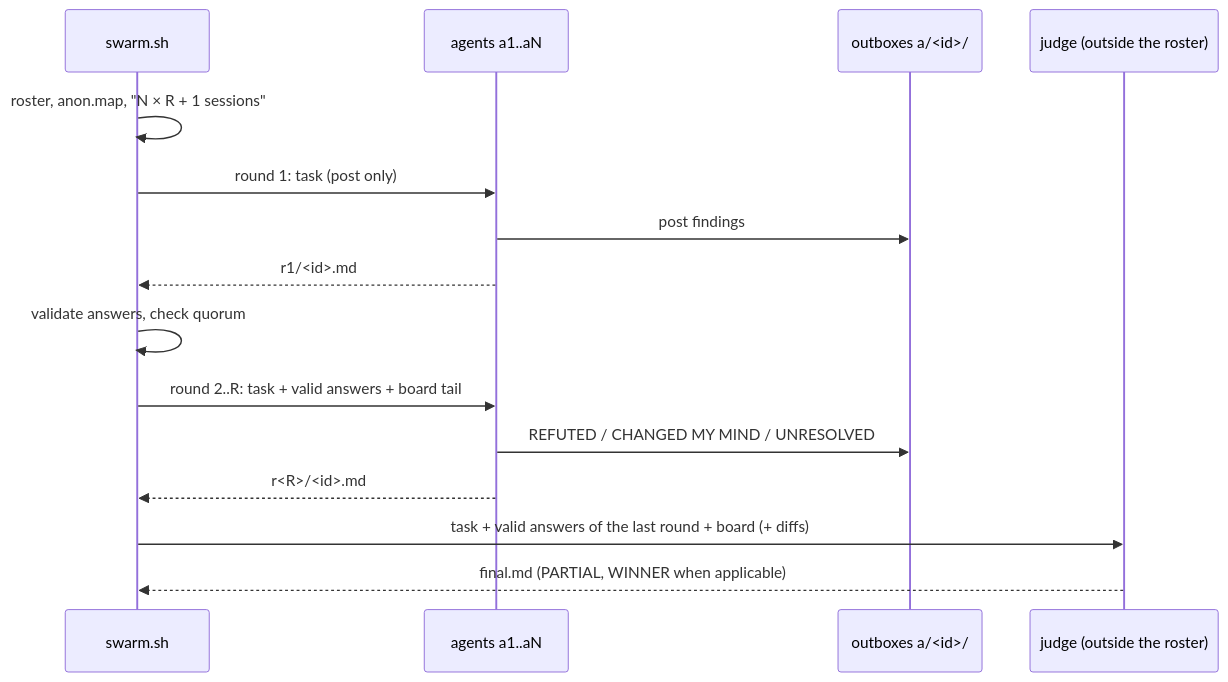
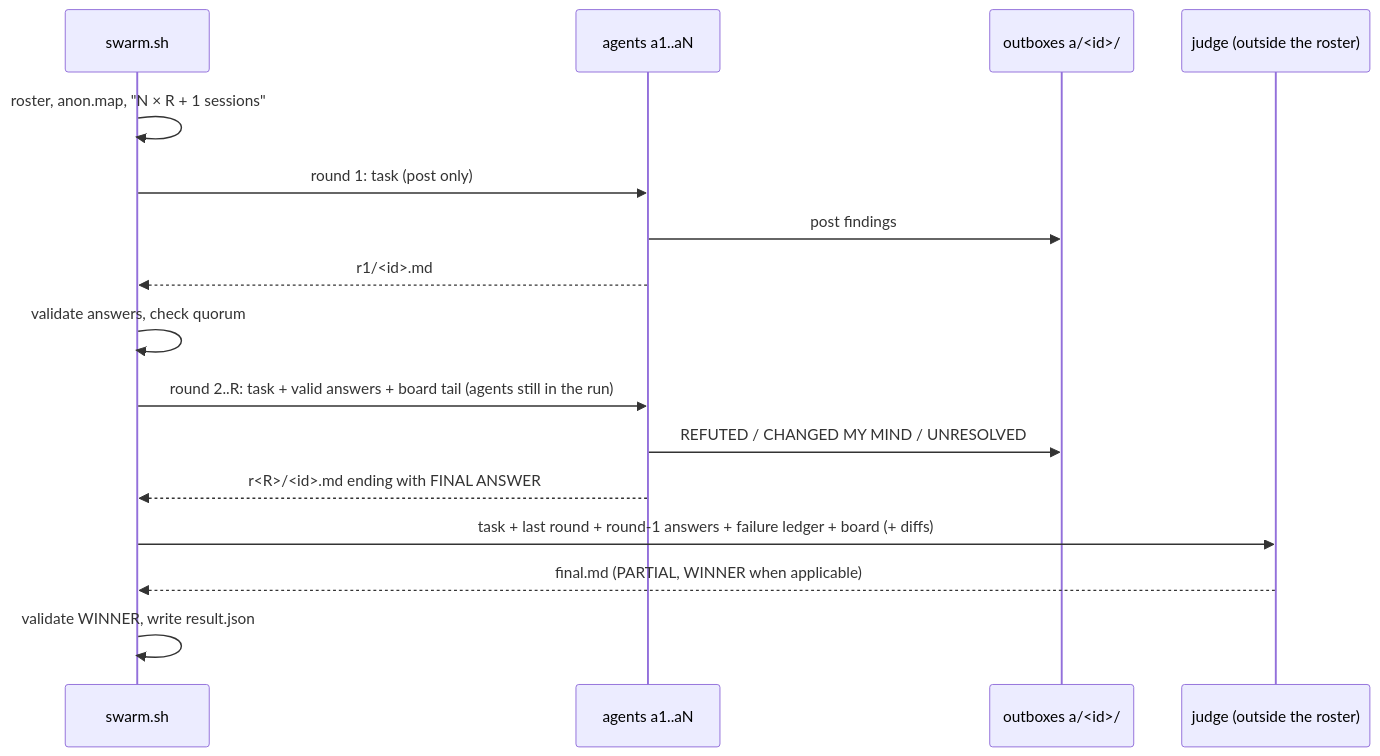
One commit to gon7187/agent-swarm changed the diagram in docs/protocol.md. Above: the diagram before and after it, drawn with Mermaid. The commit also changed other lines of this file and 4 other files, not shown here.

````diff
--- a/docs/protocol.md
+++ b/docs/protocol.md
@@ -7,17 +7,18 @@
 ```mermaid
 sequenceDiagram
     participant U as swarm.sh
     participant A as agents a1..aN
     participant O as outboxes a/<id>/
     participant J as judge (outside the roster)
     U->>U: roster, anon.map, "N × R + 1 sessions"
     U->>A: round 1: task (post only)
     A->>O: post findings
     A-->>U: r1/<id>.md
     U->>U: validate answers, check quorum
-    U->>A: round 2..R: task + valid answers + board tail
+    U->>A: round 2..R: task + valid answers + board tail (agents still in the run)
     A->>O: REFUTED / CHANGED MY MIND / UNRESOLVED
-    A-->>U: r<R>/<id>.md
-    U->>J: task + valid answers of the last round + board (+ diffs)
+    A-->>U: r<R>/<id>.md ending with FINAL ANSWER
+    U->>J: task + last round + round-1 answers + failure ledger + board (+ diffs)
     J-->>U: final.md (PARTIAL, WINNER when applicable)
+    U->>U: validate WINNER, write result.json
 ```
````
